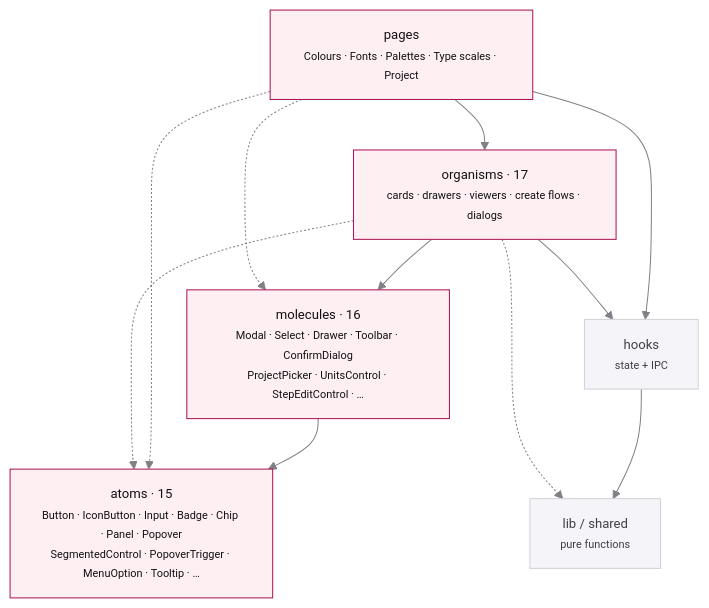
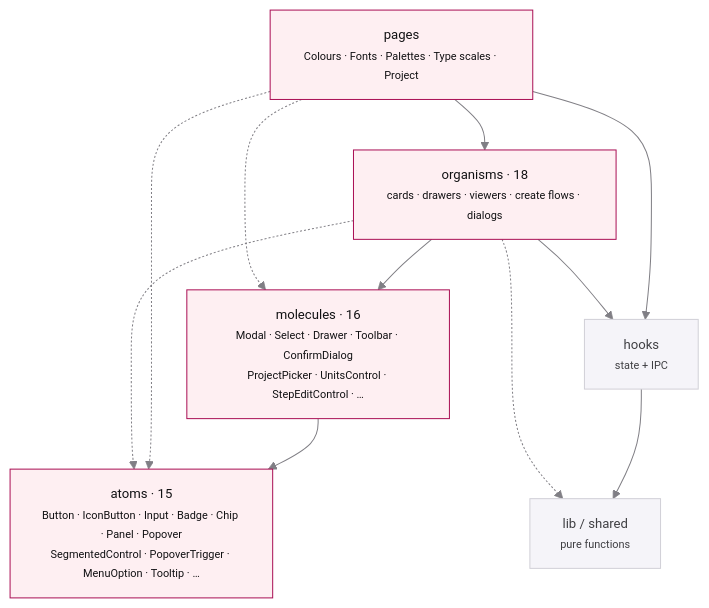
The third of 3 diagrams in DESIGN.md (hipuku/vault), drawn with Mermaid before and after one commit. The commit also changed other lines of this file and 1 other file, not shown here.

````diff
--- a/DESIGN.md
+++ b/DESIGN.md
@@ -219,24 +218,24 @@
 ```mermaid
 %%{init: {'theme':'base','themeVariables':{'primaryColor':'#feeff2','primaryBorderColor':'#aa1055','primaryTextColor':'#111113','lineColor':'#807f85','secondaryColor':'#f5f4f9','tertiaryColor':'#ffffff','fontFamily':'Manrope, ui-sans-serif, system-ui','fontSize':'13px','mainBkg':'#feeff2','nodeBorder':'#aa1055','clusterBkg':'#fcfbfe','clusterBorder':'#e7e7ed','titleColor':'#880044'}}}%%
 flowchart TD
     P["pages<br/><small>Colours · Fonts · Palettes · Type scales · Project</small>"]
-    D["organisms · 17<br/><small>cards · drawers · viewers · create flows · dialogs</small>"]
+    D["organisms · 18<br/><small>cards · drawers · viewers · create flows · dialogs</small>"]
     R["molecules · 16<br/><small>Modal · Select · Drawer · Toolbar · ConfirmDialog<br/>ProjectPicker · UnitsControl · StepEditControl · …</small>"]
     A["atoms · 15<br/><small>Button · IconButton · Input · Badge · Chip · Panel · Popover<br/>SegmentedControl · PopoverTrigger · MenuOption · Tooltip · …</small>"]
     H["hooks<br/><small>state + IPC</small>"]
     L["lib / shared<br/><small>pure functions</small>"]
 
     P --> D --> R --> A
     P -.-> R
     P -.-> A
     D -.-> A
     P --> H
     D --> H
     H --> L
     D -.-> L
 
     classDef lvl fill:#feeff2,stroke:#aa1055,color:#111113
     classDef side fill:#f5f4f9,stroke:#d1d0d7,color:#3f3f43
     class P,D,R,A lvl
     class H,L side
 ```
````
